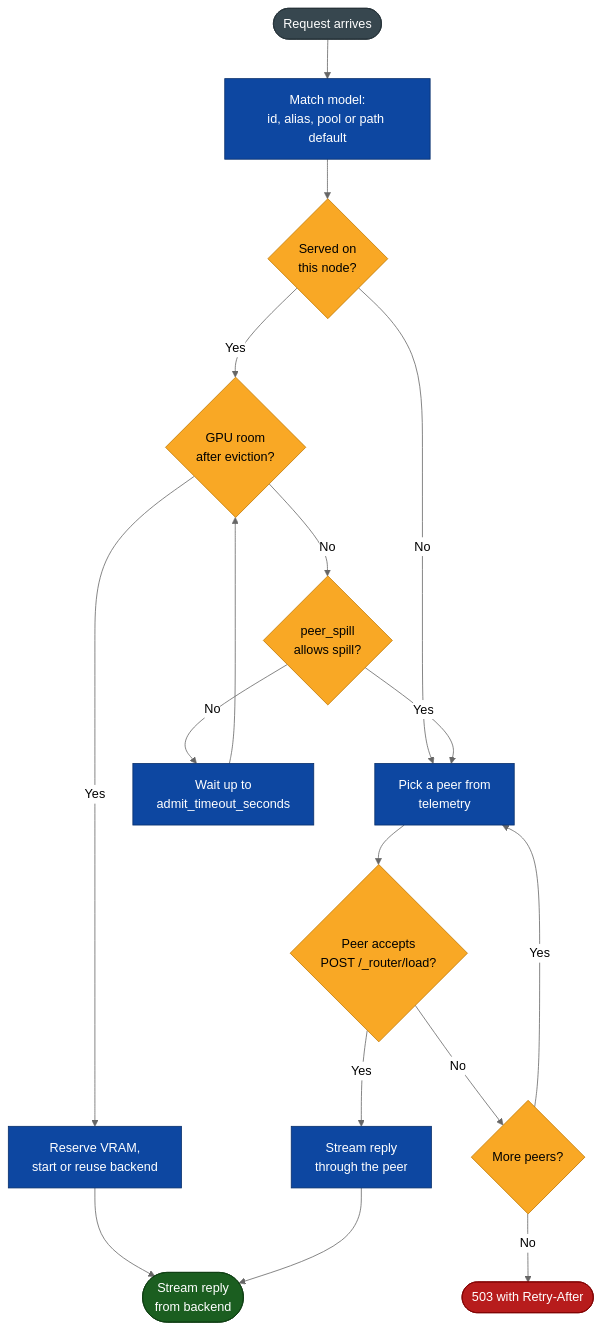
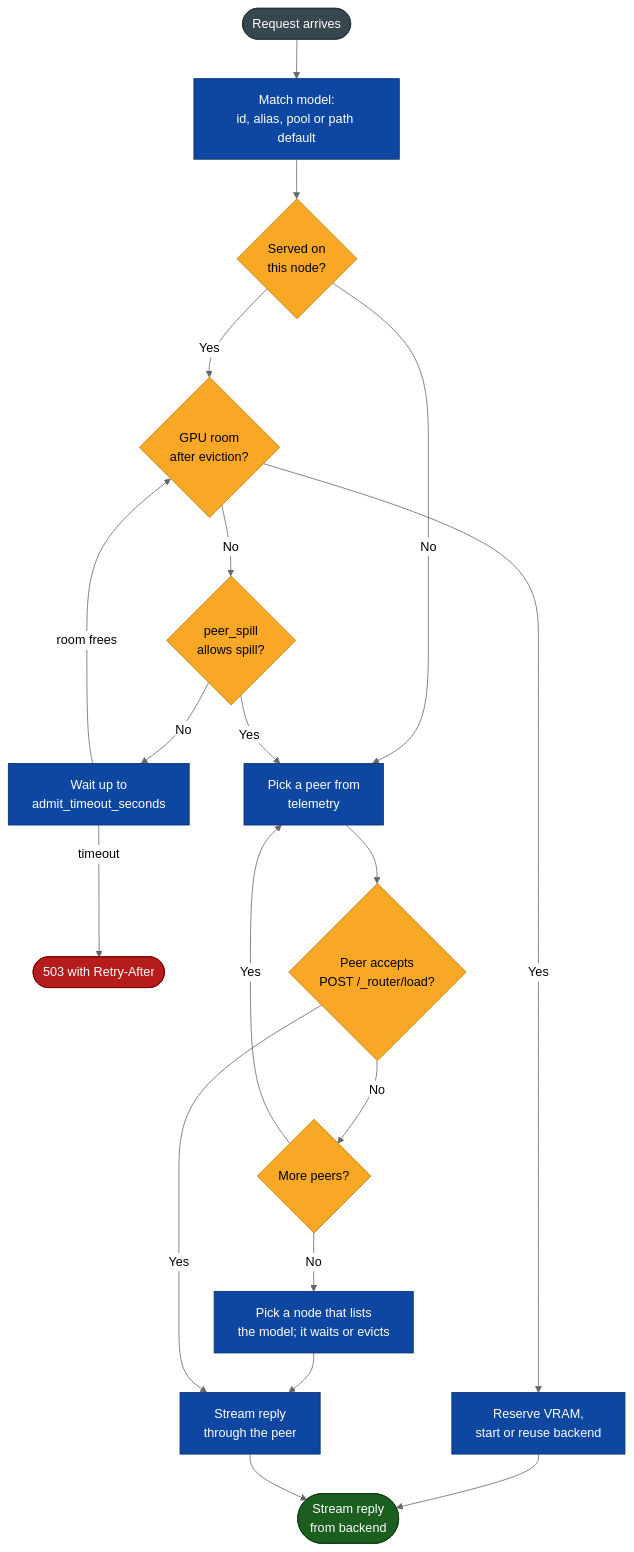
Before and after one commit to AtticusG3/model-router: the diagram in docs/README.md, drawn with Mermaid (neutral theme). The commit also changed other lines of this file and 1 other file, not shown here.

Commit message:
docs: fix request-flow diagram, allow-file comment and index stamp (#185)

````diff
--- a/docs/README.md
+++ b/docs/README.md
@@ -18,24 +18,27 @@
 ```mermaid
 flowchart TD
   A([Request arrives]):::start --> B[Match model:<br/>id, alias, pool or path default]:::process
   B --> C{Served on<br/>this node?}:::decision
   C -- Yes --> D{GPU room<br/>after eviction?}:::decision
   C -- No --> G[Pick a peer from<br/>telemetry]:::process
   D -- Yes --> E[Reserve VRAM,<br/>start or reuse backend]:::process
   D -- No --> F{peer_spill<br/>allows spill?}:::decision
   F -- Yes --> G
   F -- No --> W[Wait up to<br/>admit_timeout_seconds]:::process
-  W --> D
+  W -- room frees --> D
+  W -- timeout --> X
   G --> H{Peer accepts<br/>POST /_router/load?}:::decision
   H -- No --> I{More peers?}:::decision
   I -- Yes --> G
-  I -- No --> X([503 with Retry-After]):::stop
+  I -- No --> L[Pick a node that lists<br/>the model; it waits or evicts]:::process
+  L --> J
+  X([503 with Retry-After]):::stop
   H -- Yes --> J[Stream reply<br/>through the peer]:::process
   E --> K([Stream reply<br/>from backend]):::done
   J --> K
   classDef start fill:#37474f,stroke:#263238,color:#ffffff
   classDef process fill:#0d47a1,stroke:#082f6b,color:#ffffff
   classDef decision fill:#f9a825,stroke:#c17900,color:#000000
   classDef done fill:#1b5e20,stroke:#0f3d13,color:#ffffff
   classDef stop fill:#b71c1c,stroke:#7f0000,color:#ffffff
 ```
````
